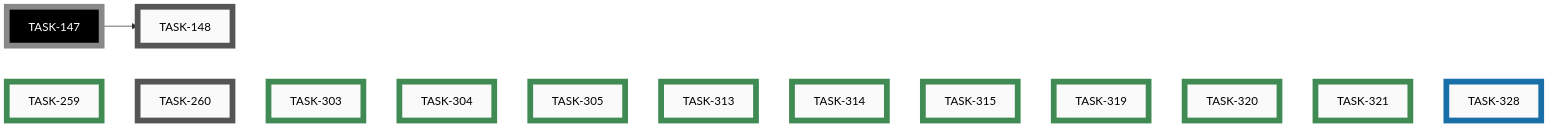
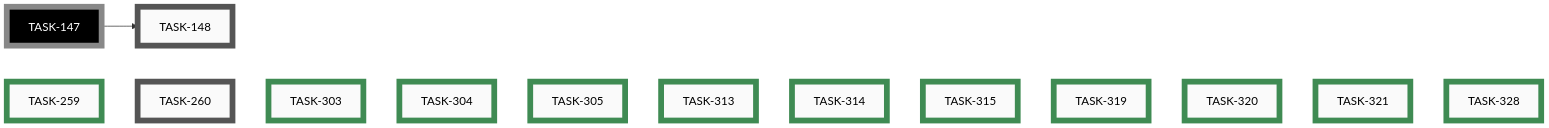
One commit to tgd1975/AwesomeStudioPedal changed the tenth of 10 diagrams in docs/developers/tasks/EPICS.md. Above: the diagram before and after it, drawn with Mermaid. The commit also changed other lines of this file and 13 other files, not shown here.

````diff
--- a/docs/developers/tasks/EPICS.md
+++ b/docs/developers/tasks/EPICS.md
@@ -395,40 +395,40 @@
 ```mermaid
 graph LR
     TASK_148["TASK-148"]:::open
     TASK_260["TASK-260"]:::open
-    TASK_328["TASK-328"]:::active
     TASK_259["TASK-259"]:::closed
     TASK_303["TASK-303"]:::closed
     TASK_304["TASK-304"]:::closed
     TASK_305["TASK-305"]:::closed
     TASK_313["TASK-313"]:::closed
     TASK_314["TASK-314"]:::closed
     TASK_315["TASK-315"]:::closed
     TASK_319["TASK-319"]:::closed
     TASK_320["TASK-320"]:::closed
     TASK_321["TASK-321"]:::closed
+    TASK_328["TASK-328"]:::closed
     TASK_147["TASK-147"]:::openExt
     TASK_147 --> TASK_148
     TASK_259 ~~~ TASK_260 ~~~ TASK_303 ~~~ TASK_304 ~~~ TASK_305 ~~~ TASK_313 ~~~ TASK_314 ~~~ TASK_315 ~~~ TASK_319 ~~~ TASK_320 ~~~ TASK_321 ~~~ TASK_328
     click TASK_148 "open/task-148-reorganise-developer-documentation.md"
     click TASK_260 "open/task-260-unify-version-numbers-across-deliverables.md"
-    click TASK_328 "active/task-328-prevent-parallel-housekeep-execution.md"
     click TASK_259 "closed/task-259-android-app-test-protocol.md"
     click TASK_303 "closed/task-303-simulator-boots-with-demo-loaded.md"
     click TASK_304 "closed/task-304-simulator-button-no-hover-reaction.md"
     click TASK_305 "closed/task-305-add-category-field-to-ideas.md"
     click TASK_313 "closed/task-313-emoji-icons-for-idea-categories.md"
     click TASK_314 "closed/task-314-nbsp-between-icon-and-category.md"
     click TASK_315 "closed/task-315-idea-sub-file-naming-convention.md"
     click TASK_319 "closed/task-319-remove-wireviz-precommit-block.md"
     click TASK_320 "closed/task-320-remove-ble-flag-precommit-check.md"
     click TASK_321 "closed/task-321-fix-ci-failures-mermaid-clang-tidy.md"
+    click TASK_328 "closed/task-328-prevent-parallel-housekeep-execution.md"
     classDef open    fill:#FAFAFA,stroke:#555,stroke-width:8px,color:#000
     classDef active  fill:#FAFAFA,stroke:#1A6FA8,stroke-width:8px,color:#000
     classDef closed  fill:#FAFAFA,stroke:#3F8B53,stroke-width:8px,color:#000
     classDef paused  fill:#FAFAFA,stroke:#B07810,stroke-width:8px,color:#000
     classDef openExt    fill:#000,stroke:#888,stroke-width:8px,color:#FFF
     classDef activeExt  fill:#000,stroke:#3FA9F5,stroke-width:8px,color:#FFF
     classDef closedExt  fill:#000,stroke:#7CC68A,stroke-width:8px,color:#FFF
     classDef pausedExt  fill:#000,stroke:#F0B030,stroke-width:8px,color:#FFF
 ```
````
